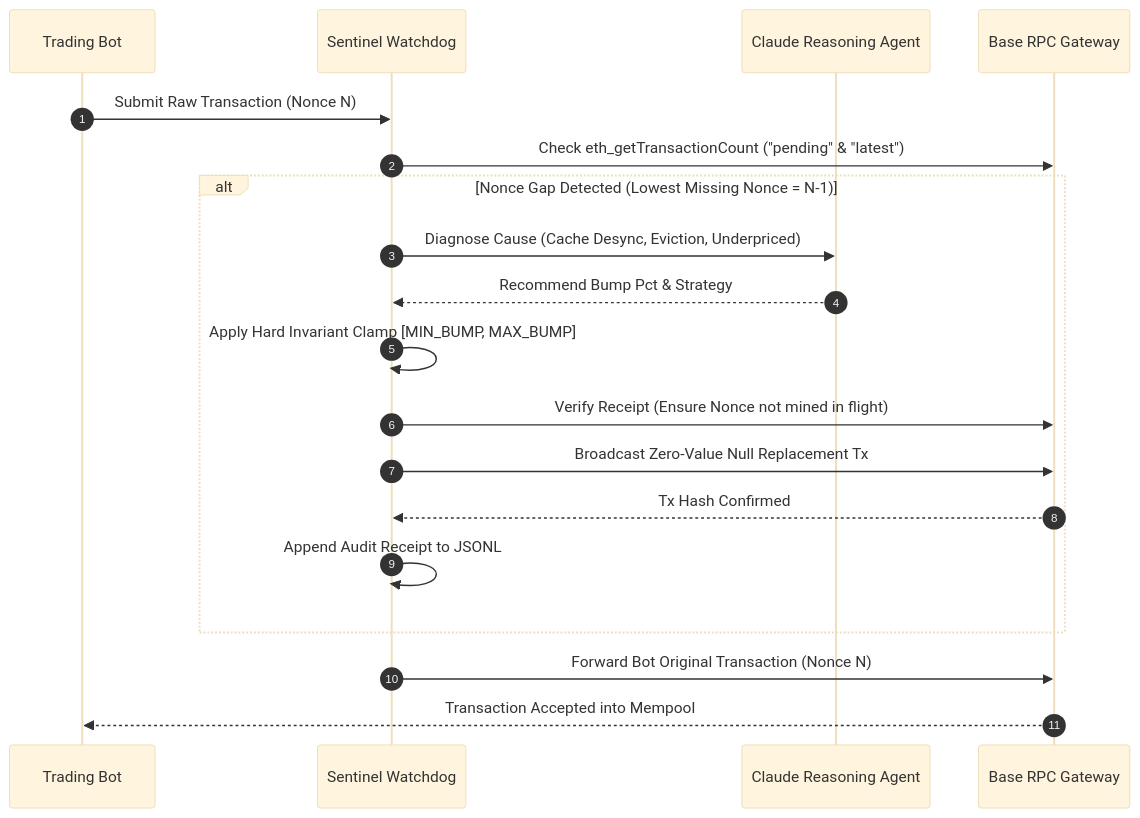
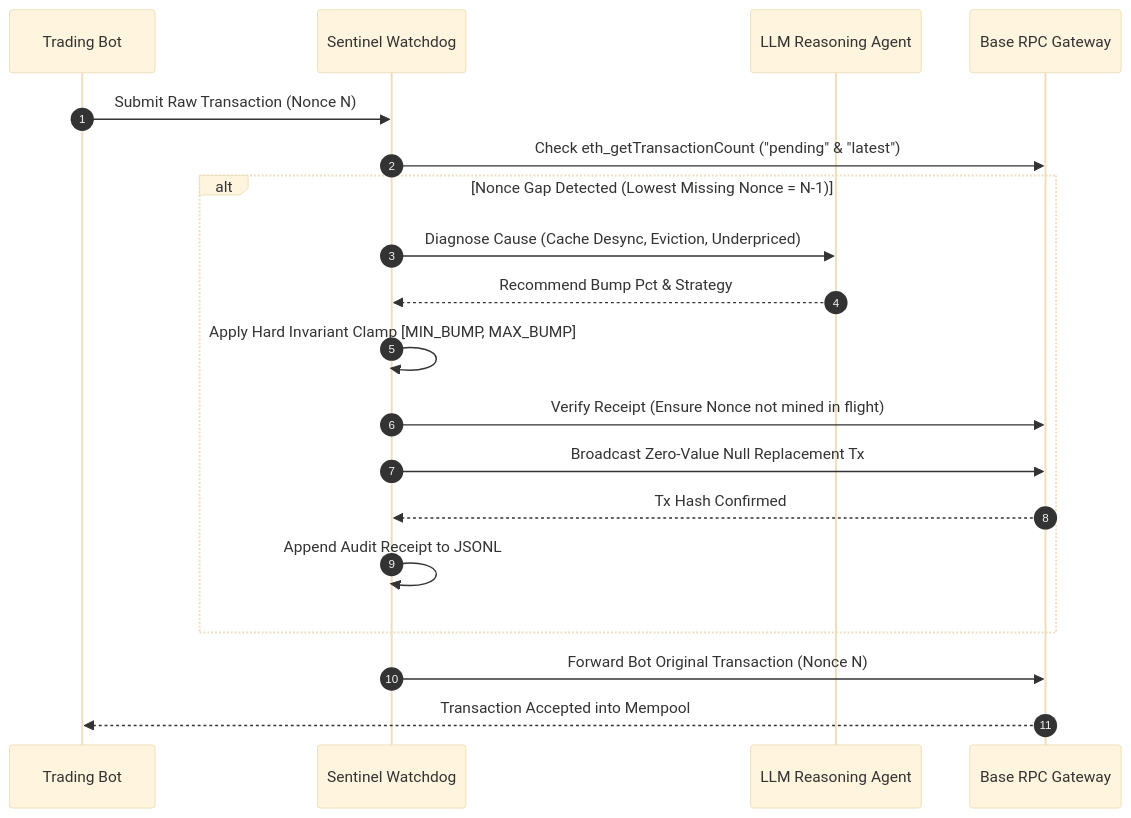
The second of 3 diagrams in README.md (midexol/Sentinel), drawn with Mermaid (base theme) before and after one commit. The commit also changed other lines of this file and 7 other files, not shown here.

````diff
--- a/README.md
+++ b/README.md
@@ -92,22 +92,22 @@
 ```mermaid
 sequenceDiagram
     autonumber
     participant Bot as Trading Bot
     participant Sentinel as Sentinel Watchdog
-    participant AI as Claude Reasoning Agent
+    participant AI as LLM Reasoning Agent
     participant Base as Base RPC Gateway
 
     Bot->>Sentinel: Submit Raw Transaction (Nonce N)
     Sentinel->>Base: Check eth_getTransactionCount ("pending" & "latest")
     alt Nonce Gap Detected (Lowest Missing Nonce = N-1)
         Sentinel->>AI: Diagnose Cause (Cache Desync, Eviction, Underpriced)
         AI-->>Sentinel: Recommend Bump Pct & Strategy
         Sentinel->>Sentinel: Apply Hard Invariant Clamp [MIN_BUMP, MAX_BUMP]
         Sentinel->>Base: Verify Receipt (Ensure Nonce not mined in flight)
         Sentinel->>Base: Broadcast Zero-Value Null Replacement Tx
         Base-->>Sentinel: Tx Hash Confirmed
         Sentinel->>Sentinel: Append Audit Receipt to JSONL
     end
     Sentinel->>Base: Forward Bot Original Transaction (Nonce N)
     Base-->>Bot: Transaction Accepted into Mempool
 ```
````
